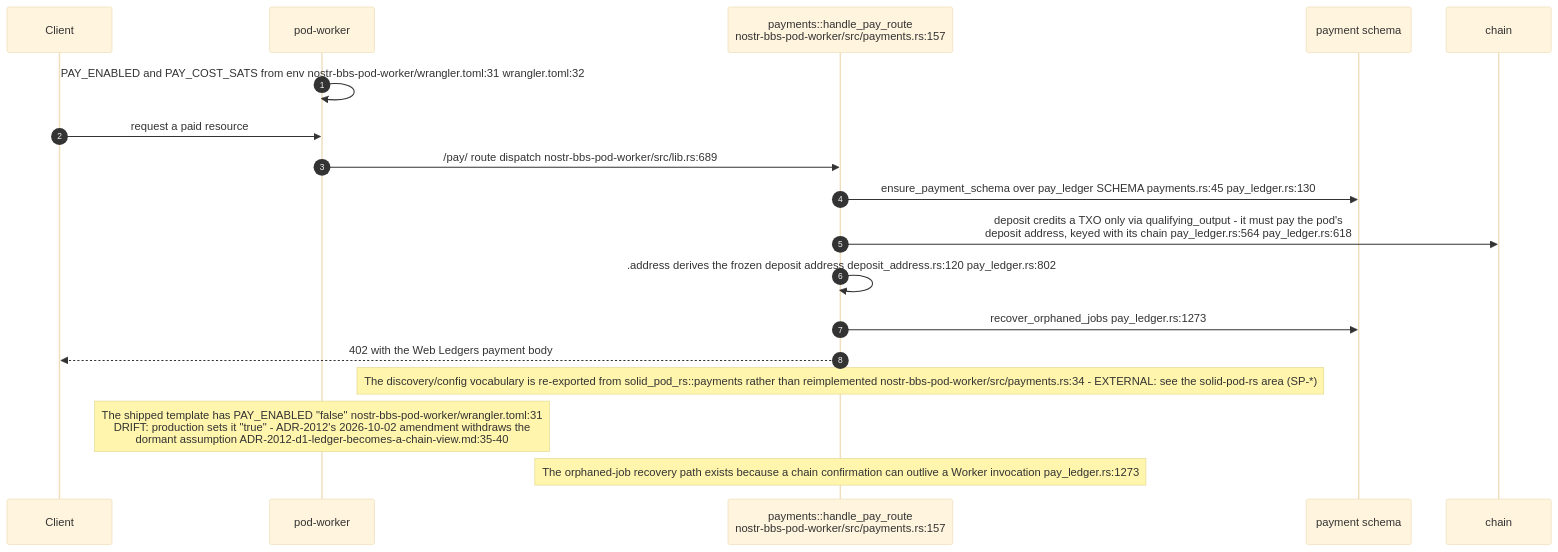
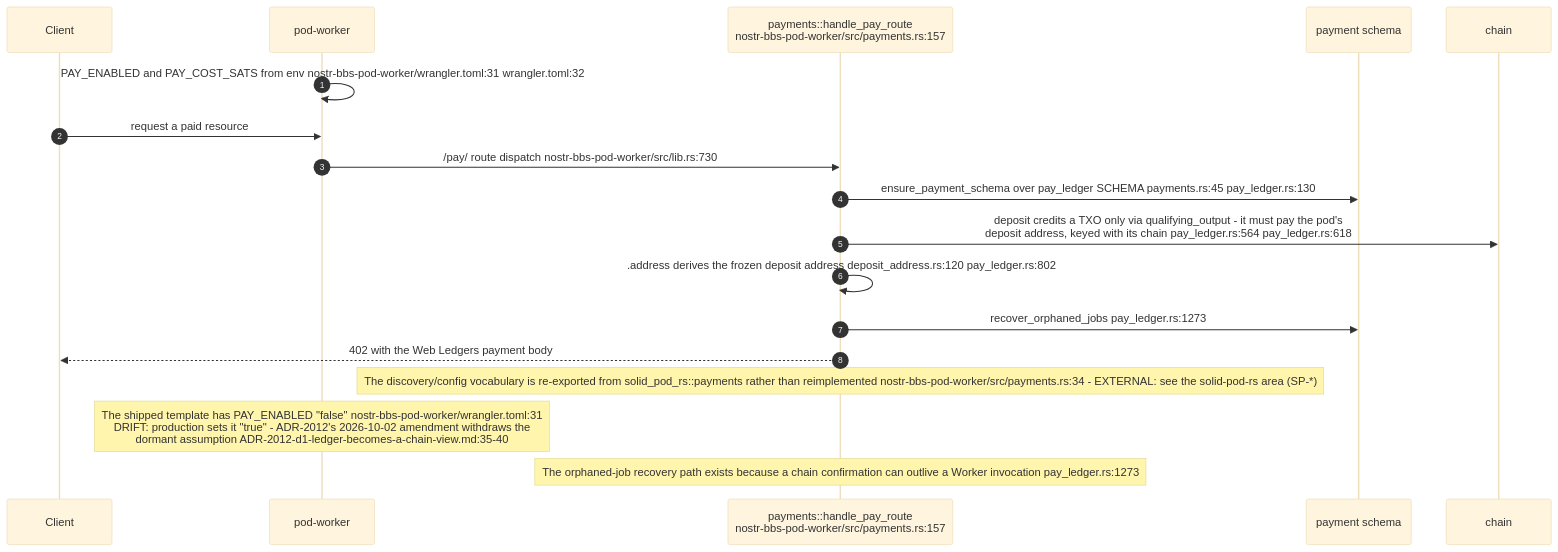
Before and after one commit to DreamLab-AI/VisionFlow: the eighth of 10 diagrams in docs/diagrams/nostr-rust-forum/04-pod-worker-ldp-wac-and-delegation.md, drawn with Mermaid (base theme). The commit also changed other lines of this file and 160 other files, not shown here.

````diff
--- a/docs/diagrams/nostr-rust-forum/04-pod-worker-ldp-wac-and-delegation.md
+++ b/docs/diagrams/nostr-rust-forum/04-pod-worker-ldp-wac-and-delegation.md
@@ -235,22 +239,22 @@
 ```mermaid
 sequenceDiagram
     autonumber
     participant C as Client
     participant W as pod-worker
     participant PAY as payments::handle_pay_route<br/>nostr-bbs-pod-worker/src/payments.rs:157
     participant D1 as payment schema
     participant CH as chain
 
     W->>W: PAY_ENABLED and PAY_COST_SATS from env nostr-bbs-pod-worker/wrangler.toml:31 wrangler.toml:32
     C->>W: request a paid resource
-    W->>PAY: /pay/ route dispatch nostr-bbs-pod-worker/src/lib.rs:689
+    W->>PAY: /pay/ route dispatch nostr-bbs-pod-worker/src/lib.rs:730
     PAY->>D1: ensure_payment_schema over pay_ledger SCHEMA payments.rs:45 pay_ledger.rs:130
     PAY->>CH: deposit credits a TXO only via qualifying_output - it must pay the pod's<br/>deposit address, keyed with its chain pay_ledger.rs:564 pay_ledger.rs:618
     PAY->>PAY: .address derives the frozen deposit address deposit_address.rs:120 pay_ledger.rs:802
     PAY->>D1: recover_orphaned_jobs pay_ledger.rs:1273
     PAY-->>C: 402 with the Web Ledgers payment body
 
     Note over PAY: The discovery/config vocabulary is re-exported from solid_pod_rs::payments rather than reimplemented nostr-bbs-pod-worker/src/payments.rs:34 - EXTERNAL: see the solid-pod-rs area (SP-*)
     Note over W: The shipped template has PAY_ENABLED "false" nostr-bbs-pod-worker/wrangler.toml:31<br/>DRIFT: production sets it "true" - ADR-2012's 2026-10-02 amendment withdraws the<br/>dormant assumption ADR-2012-d1-ledger-becomes-a-chain-view.md:35-40
     Note over PAY: The orphaned-job recovery path exists because a chain confirmation can outlive a Worker invocation pay_ledger.rs:1273
 ```
````
